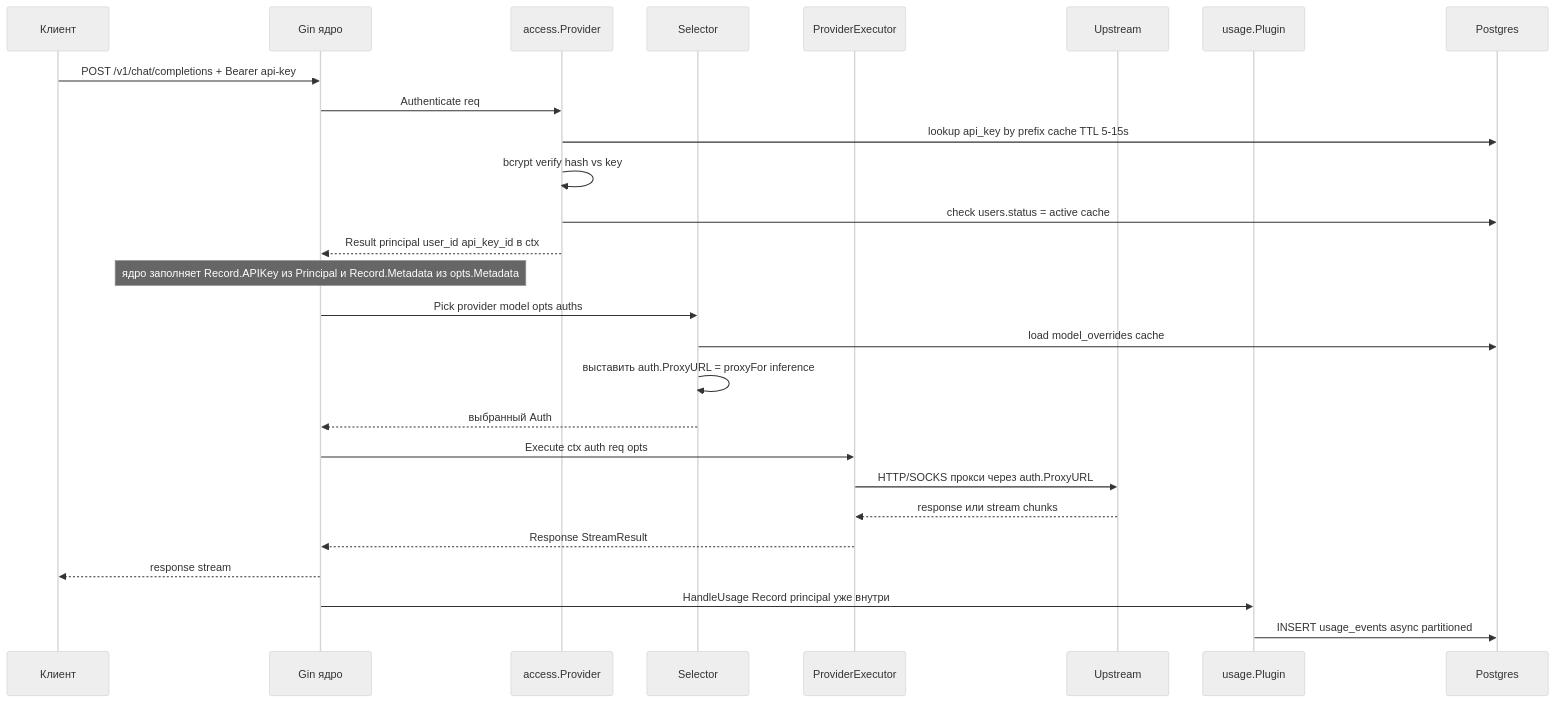
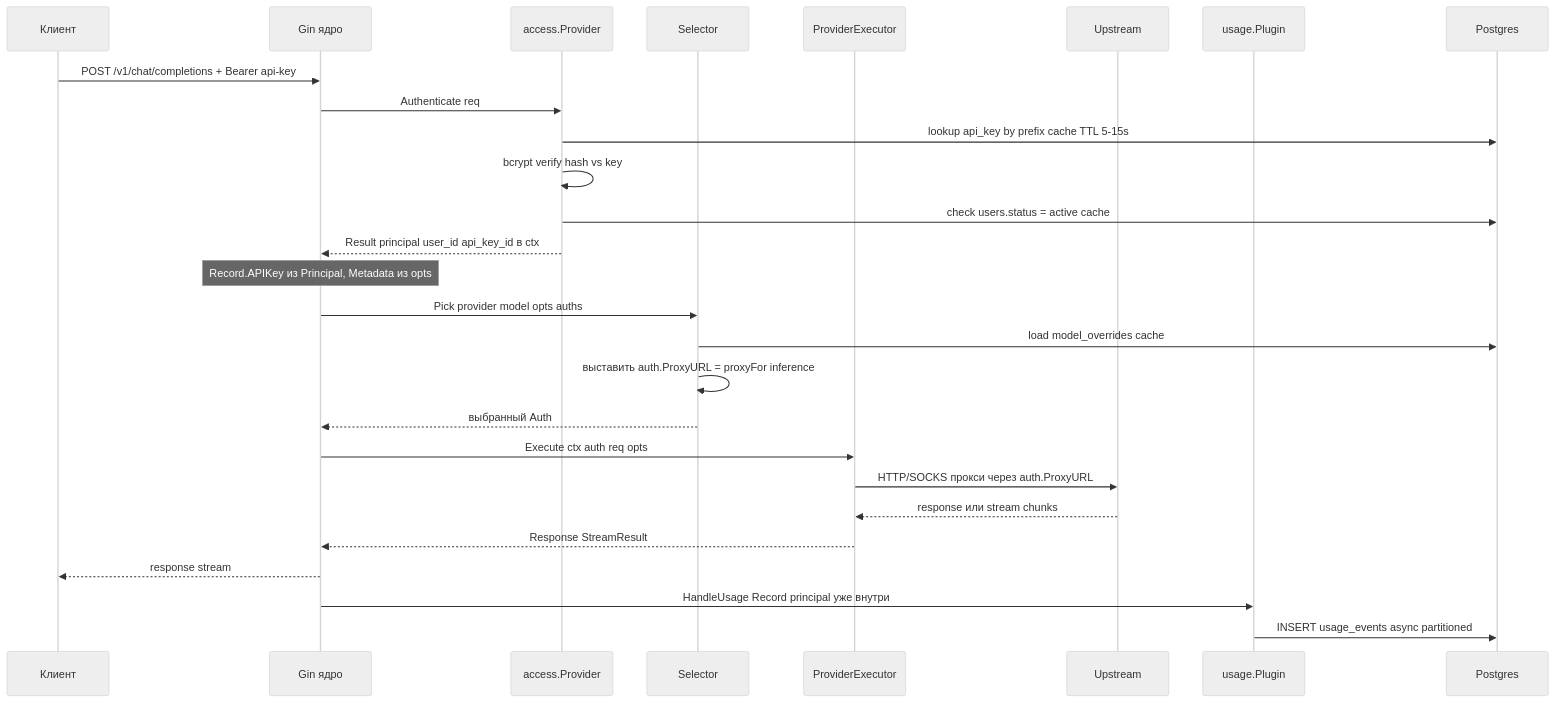
One commit to ilyast91/CLIProxyNew changed the third of 7 diagrams in docs/architecture.md. Above: the diagram before and after it, drawn with Mermaid (neutral theme). The commit also changed other lines of this file and 2 other files, not shown here.

First line of the commit message:
docs: актуализация всех mermaid-диаграмм

````diff
--- a/docs/architecture.md
+++ b/docs/architecture.md
@@ -119,30 +128,30 @@
 ```mermaid
 sequenceDiagram
     participant App as Клиент
     participant Gin as Gin ядро
     participant AP as access.Provider
     participant Sel as Selector
     participant Exec as ProviderExecutor
     participant Up as Upstream
     participant USG as usage.Plugin
     participant DB as Postgres
 
     App->>Gin: POST /v1/chat/completions + Bearer api-key
     Gin->>AP: Authenticate req
     AP->>DB: lookup api_key by prefix cache TTL 5-15s
     AP->>AP: bcrypt verify hash vs key
     AP->>DB: check users.status = active cache
     AP-->>Gin: Result principal user_id api_key_id в ctx
-    Note over Gin: ядро заполняет Record.APIKey из Principal и Record.Metadata из opts.Metadata
+    Note over Gin: Record.APIKey из Principal, Metadata из opts
     Gin->>Sel: Pick provider model opts auths
     Sel->>DB: load model_overrides cache
     Sel->>Sel: выставить auth.ProxyURL = proxyFor inference
     Sel-->>Gin: выбранный Auth
     Gin->>Exec: Execute ctx auth req opts
     Exec->>Up: HTTP/SOCKS прокси через auth.ProxyURL
     Up-->>Exec: response или stream chunks
     Exec-->>Gin: Response StreamResult
     Gin-->>App: response stream
     Gin->>USG: HandleUsage Record principal уже внутри
     USG->>DB: INSERT usage_events async partitioned
 ```
````
